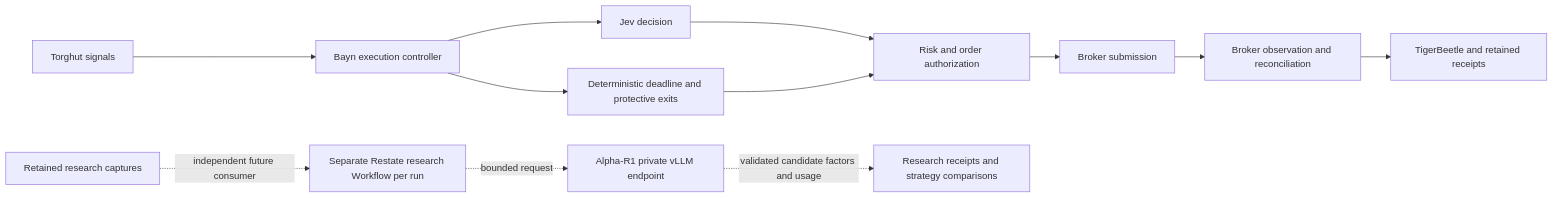
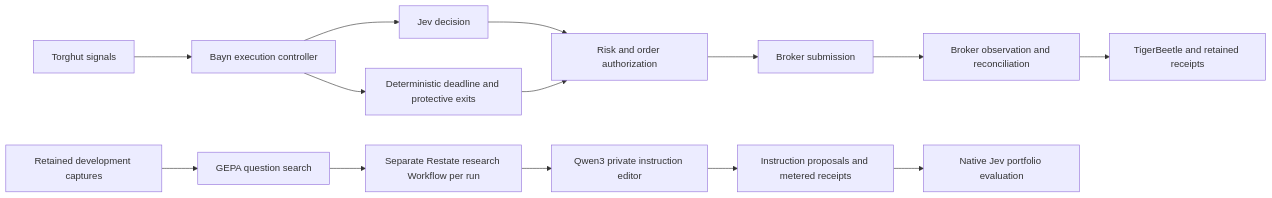
The diagram in services/bayn-model/README.md (gregkonush/lab), drawn with Mermaid before and after one commit. The commit also changed other lines of this file and 330 other files, not shown here.

````diff
--- a/services/bayn-model/README.md
+++ b/services/bayn-model/README.md
@@ -53,14 +68,16 @@
 ```mermaid
 flowchart LR
   TA[Torghut signals] --> C[Bayn execution controller]
   C --> J[Jev decision]
   J --> R[Risk and order authorization]
   R --> B[Broker submission]
   B --> O[Broker observation and reconciliation]
   O --> L[TigerBeetle and retained receipts]
   C --> X[Deterministic deadline and protective exits]
   X --> R
-  S[Retained research captures] -. independent future consumer .-> W[Separate Restate research Workflow per run]
-  W -. bounded request .-> M[Alpha-R1 private vLLM endpoint]
-  M -. validated candidate factors and usage .-> E[Research receipts and strategy comparisons]
+  S[Retained development captures] --> H[GEPA question search]
+  H --> W[Separate Restate research Workflow per run]
+  W --> M[Qwen3 private instruction editor]
+  M --> E[Instruction proposals and metered receipts]
+  E --> J2[Native Jev portfolio evaluation]
 ```
````
